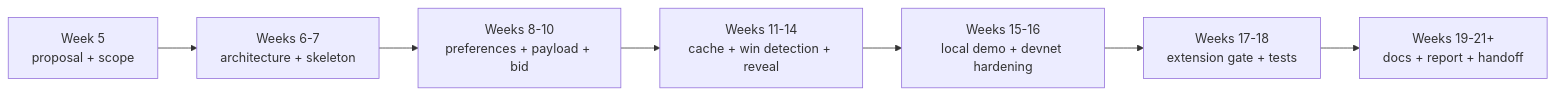
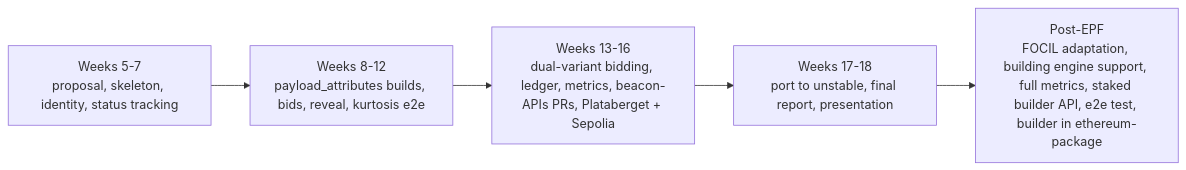
Before and after one commit to eth-protocol-fellows/cohort-seven: the third of 3 diagrams in projects/lodestar-eip-7732-builder.md, drawn with Mermaid. The commit also changed other lines of this file, not shown here.

````diff
--- a/projects/lodestar-eip-7732-builder.md
+++ b/projects/lodestar-eip-7732-builder.md
@@ -111,9 +136,7 @@
 ```mermaid
 flowchart LR
-    A["Week 5<br/>proposal + scope"] --> B["Weeks 6-7<br/>architecture + skeleton"]
-    B --> C["Weeks 8-10<br/>preferences + payload + bid"]
-    C --> D["Weeks 11-14<br/>cache + win detection + reveal"]
-    D --> E["Weeks 15-16<br/>local demo + devnet hardening"]
-    E --> F["Weeks 17-18<br/>extension gate + tests"]
-    F --> G["Weeks 19-21+<br/>docs + report + handoff"]
+    A["Weeks 5-7<br/>proposal, skeleton, identity, status tracking"] --> B["Weeks 8-12<br/>payload_attributes builds, bids, reveal, kurtosis e2e"]
+    B --> C["Weeks 13-16<br/>dual-variant bidding, ledger, metrics, beacon-APIs PRs, Plataberget + Sepolia"]
+    C --> D["Weeks 17-18<br/>port to unstable, final report, presentation"]
+    D --> E["Post-EPF<br/>FOCIL adaptation, building engine support, full metrics, staked builder API, e2e test, builder in ethereum-package"]
 ```
````
